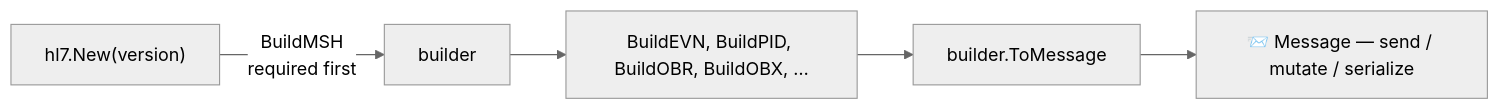
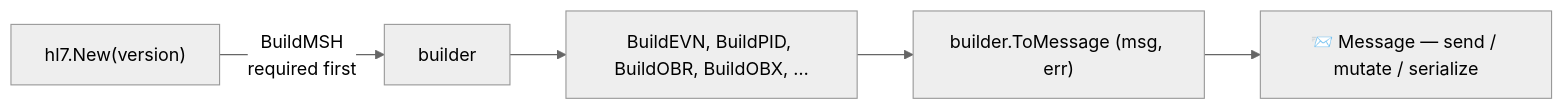
Before and after one commit to Bugs5382/go-hl7: the diagram in pages/client/builder/index.md, drawn with Mermaid (neutral theme). The commit also changed other lines of this file and 27 other files, not shown here.

````diff
--- a/pages/client/builder/index.md
+++ b/pages/client/builder/index.md
@@ -27,7 +27,7 @@
 ```mermaid
 flowchart LR
     A["hl7.New(version)"] -- BuildMSH<br/>required first --> B[builder]
     B --> C[BuildEVN, BuildPID, BuildOBR, BuildOBX, …]
-    C --> D[builder.ToMessage]
+    C --> D["builder.ToMessage (msg, err)"]
     D --> E["📨 Message — send / mutate / serialize"]
 ```
````
